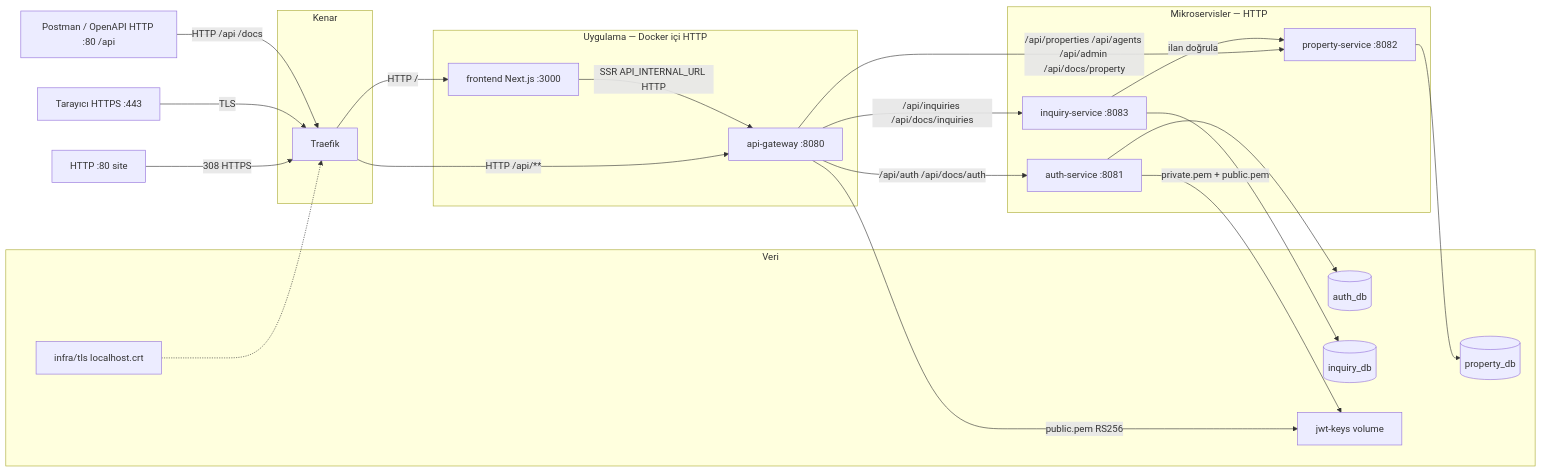
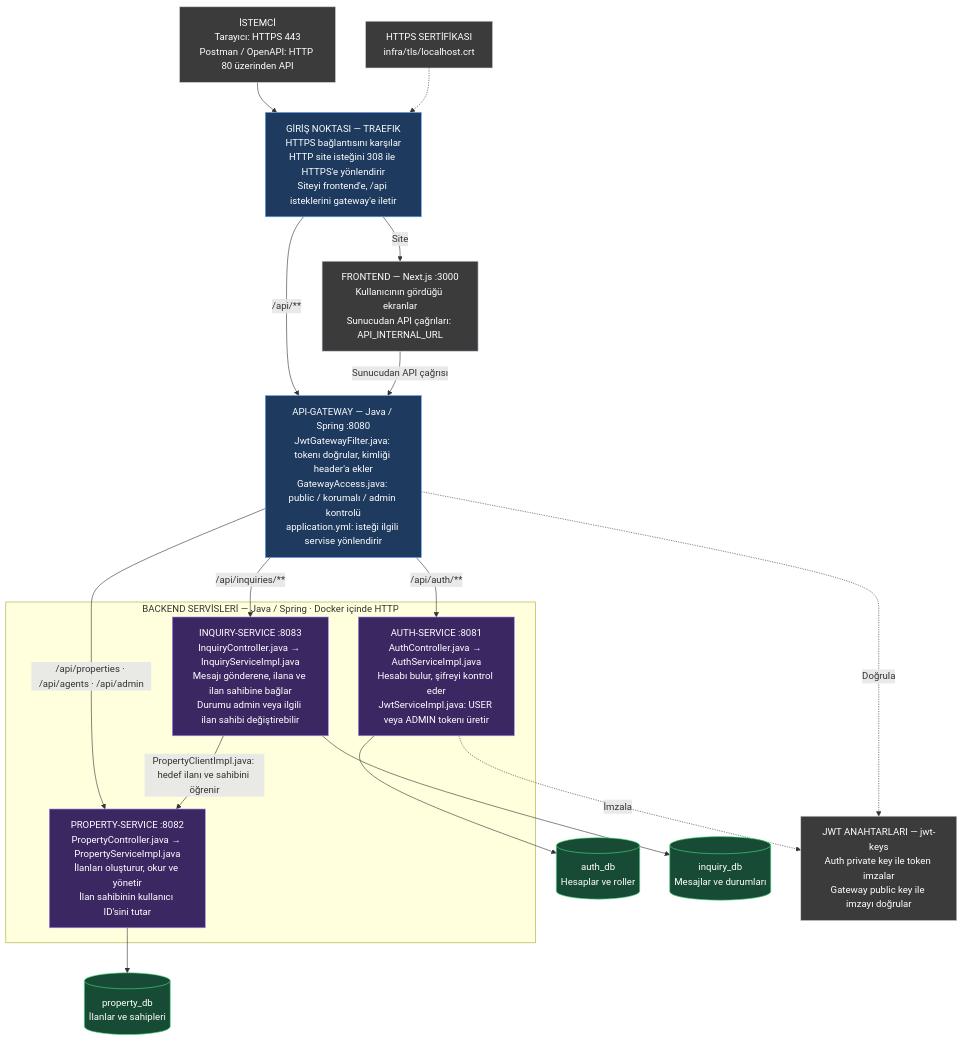
One commit to mrfatihgul/Avelrune changed the diagram in docs/diagrams/architecture.mmd. Above: the diagram before and after it, drawn with Mermaid. The commit also changed 19 other files, not shown here.

```diff
--- a/docs/diagrams/architecture.mmd
+++ b/docs/diagrams/architecture.mmd
@@ -1,47 +1,55 @@
-flowchart LR
-  browser["Tarayıcı HTTPS :443"]
-  httpSite["HTTP :80 site"]
-  postman["Postman / OpenAPI HTTP :80 /api"]
+%% Java / Spring backend — servislerin görevi ve birbirleriyle bağlantısı.
+%% Ayrıntılı işlem sırası: backend-senaryo-akisi.mmd
+%% api-gateway/src/main/java/com/avelrune/gateway/security/JwtGatewayFilter.java
+%% api-gateway/src/main/java/com/avelrune/gateway/security/GatewayAccess.java
+%% api-gateway/src/main/resources/application.yml
+%% auth-service/src/main/java/com/avelrune/auth/controller/AuthController.java
+%% auth-service/src/main/java/com/avelrune/auth/service/impl/AuthServiceImpl.java
+%% auth-service/src/main/java/com/avelrune/auth/security/impl/JwtServiceImpl.java
+%% property-service/src/main/java/com/avelrune/property/controller/PropertyController.java
+%% property-service/src/main/java/com/avelrune/property/service/impl/PropertyServiceImpl.java
+%% inquiry-service/src/main/java/com/avelrune/inquiry/controller/InquiryController.java
+%% inquiry-service/src/main/java/com/avelrune/inquiry/service/impl/InquiryServiceImpl.java
+%% inquiry-service/src/main/java/com/avelrune/inquiry/client/impl/PropertyClientImpl.java
 
-  subgraph edge [Kenar]
-    traefik["Traefik"]
+flowchart TB
+  C["İSTEMCİ<br/>Tarayıcı: HTTPS 443<br/>Postman / OpenAPI: HTTP 80 üzerinden API"]
+  T["GİRİŞ NOKTASI — TRAEFIK<br/>HTTPS bağlantısını karşılar<br/>HTTP site isteğini 308 ile HTTPS'e yönlendirir<br/>Siteyi frontend'e, /api isteklerini gateway'e iletir"]
+  F["FRONTEND — Next.js :3000<br/>Kullanıcının gördüğü ekranlar<br/>Sunucudan API çağrıları: API_INTERNAL_URL"]
+  G["API-GATEWAY — Java / Spring :8080<br/>JwtGatewayFilter.java: tokenı doğrular, kimliği header'a ekler<br/>GatewayAccess.java: public / korumalı / admin kontrolü<br/>application.yml: isteği ilgili servise yönlendirir"]
+
+  subgraph SERVICES ["BACKEND SERVİSLERİ — Java / Spring · Docker içinde HTTP"]
+    A["AUTH-SERVICE :8081<br/>AuthController.java → AuthServiceImpl.java<br/>Hesabı bulur, şifreyi kontrol eder<br/>JwtServiceImpl.java: USER veya ADMIN tokenı üretir"]
+    P["PROPERTY-SERVICE :8082<br/>PropertyController.java → PropertyServiceImpl.java<br/>İlanları oluşturur, okur ve yönetir<br/>İlan sahibinin kullanıcı ID'sini tutar"]
+    I["INQUIRY-SERVICE :8083<br/>InquiryController.java → InquiryServiceImpl.java<br/>Mesajı gönderene, ilana ve ilan sahibine bağlar<br/>Durumu admin veya ilgili ilan sahibi değiştirebilir"]
   end
 
-  subgraph apps [Uygulama — Docker içi HTTP]
-    frontend["frontend Next.js :3000"]
-    gateway["api-gateway :8080"]
-  end
+  AD[("auth_db<br/>Hesaplar ve roller")]
+  PD[("property_db<br/>İlanlar ve sahipleri")]
+  ID[("inquiry_db<br/>Mesajlar ve durumları")]
+  K["JWT ANAHTARLARI — jwt-keys<br/>Auth private key ile token imzalar<br/>Gateway public key ile imzayı doğrular"]
+  TLS["HTTPS SERTİFİKASI<br/>infra/tls/localhost.crt"]
 
-  subgraph services [Mikroservisler — HTTP]
-    auth["auth-service :8081"]
-    property["property-service :8082"]
-    inquiry["inquiry-service :8083"]
-  end
+  C --> T
+  TLS -.-> T
+  T -->|"Site"| F
+  T -->|"/api/**"| G
+  F -->|"Sunucudan API çağrısı"| G
+  G -->|"/api/auth/**"| A
+  G -->|"/api/properties · /api/agents · /api/admin"| P
+  G -->|"/api/inquiries/**"| I
+  I -->|"PropertyClientImpl.java: hedef ilanı ve sahibini öğrenir"| P
+  A --> AD
+  P --> PD
+  I --> ID
+  A -.->|"İmzala"| K
+  G -.->|"Doğrula"| K
 
-  subgraph data [Veri]
-    authDb[(auth_db)]
-    propertyDb[(property_db)]
-    inquiryDb[(inquiry_db)]
-    keys[jwt-keys volume]
-    certs["infra/tls localhost.crt"]
-  end
-
-  httpSite -->|"308 HTTPS"| traefik
-  browser -->|"TLS"| traefik
-  certs -.-> traefik
-  postman -->|"HTTP /api /docs"| traefik
-  traefik -->|"HTTP /"| frontend
-  traefik -->|"HTTP /api/**"| gateway
-
-  frontend -->|"SSR API_INTERNAL_URL HTTP"| gateway
-
-  gateway -->|"/api/auth /api/docs/auth"| auth
-  gateway -->|"/api/properties /api/agents /api/admin /api/docs/property"| property
-  gateway -->|"/api/inquiries /api/docs/inquiries"| inquiry
-
-  auth --> authDb
-  auth -->|"private.pem + public.pem"| keys
-  property --> propertyDb
-  inquiry --> inquiryDb
-  inquiry -->|"ilan doğrula"| property
-  gateway -->|"public.pem RS256"| keys
+  classDef gateway fill:#1e3a5f,stroke:#60a5fa,color:#ffffff
+  classDef service fill:#3b2863,stroke:#a78bfa,color:#ffffff
+  classDef result fill:#174b35,stroke:#4ade80,color:#ffffff
+  classDef session fill:#3b3b3b,stroke:#cbd5e1,color:#ffffff
+  class T,G gateway
+  class A,P,I service
+  class AD,PD,ID result
+  class C,F,K,TLS session
```
